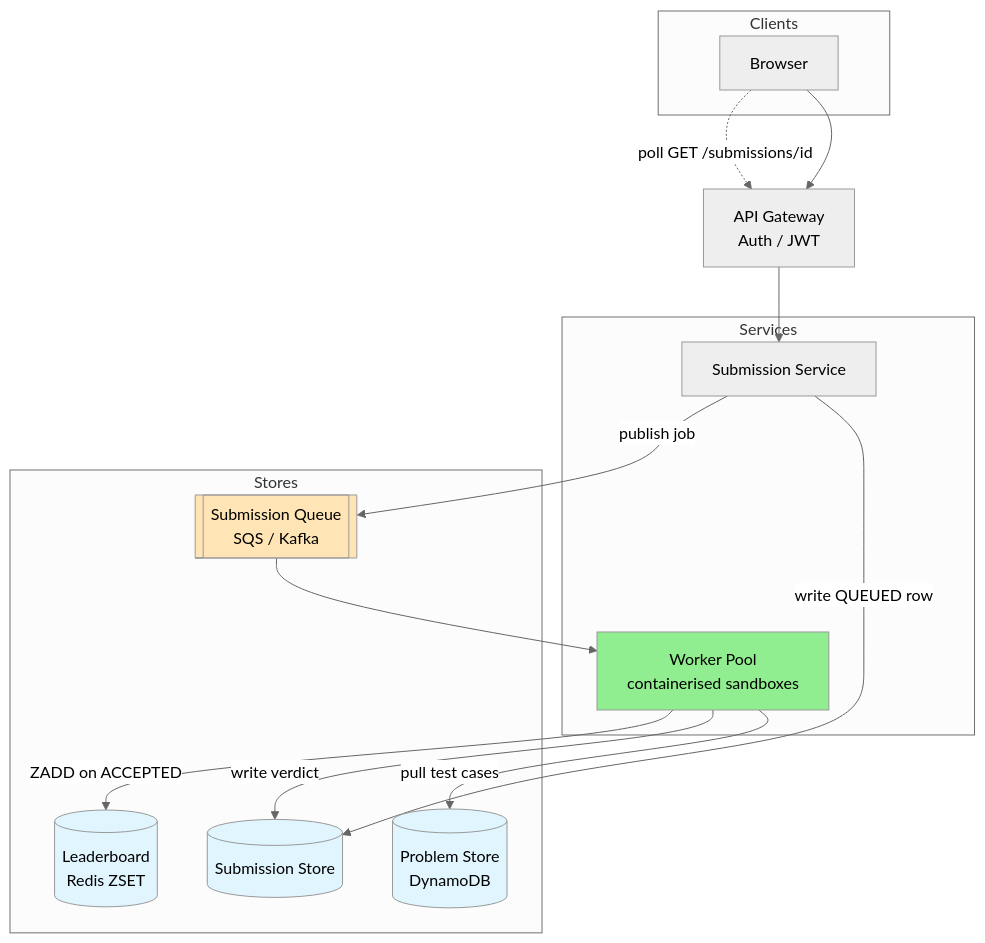
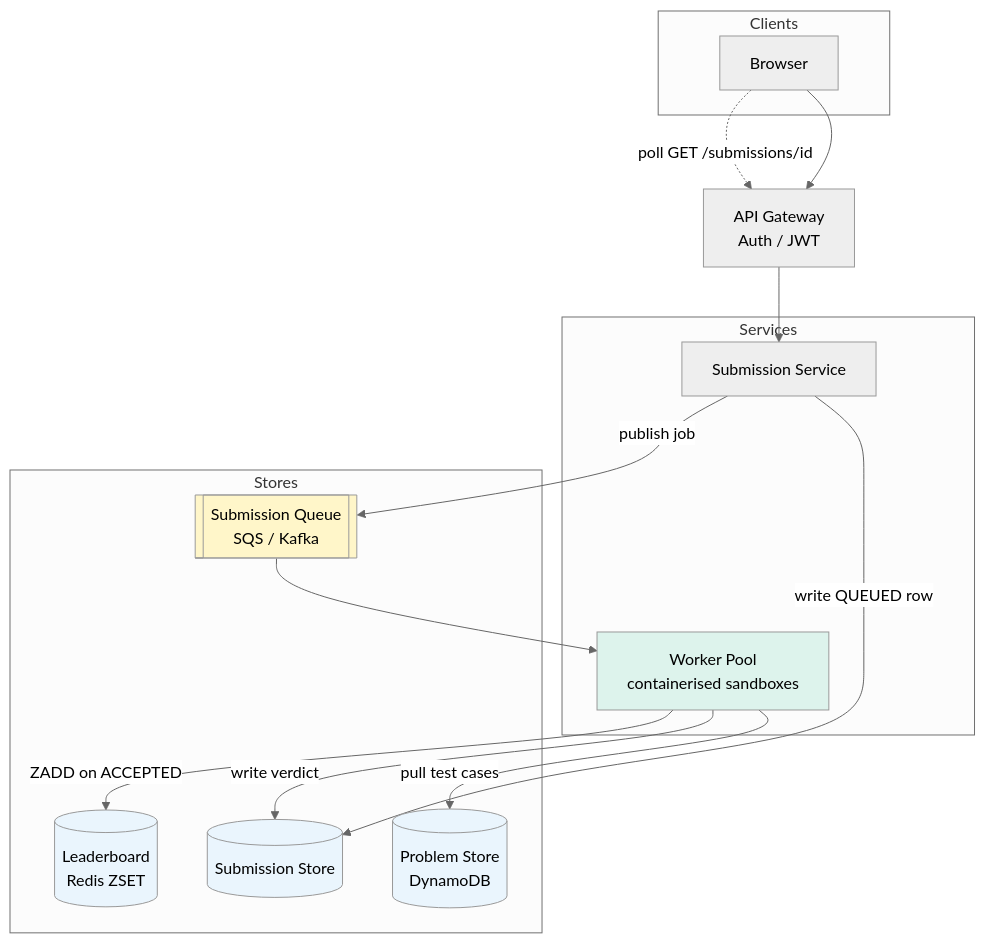
The first of 6 diagrams in LLD/questions/Design LeetCode.md (cartmancodes/InterviewVault), drawn with Mermaid (neutral theme) before and after one commit. The commit also changed other lines of this file and 679 other files, not shown here.

Commit message:
Unify content diagrams and add accessible visual walkthroughs

````diff
--- a/LLD/questions/Design LeetCode.md
+++ b/LLD/questions/Design LeetCode.md
@@ -119,36 +119,36 @@
 ```mermaid
 graph TB
     subgraph Clients
         BR[Browser]
     end
 
     GW[API Gateway<br/>Auth / JWT]
 
     subgraph Services
         SS[Submission Service]
         WP[Worker Pool<br/>containerised sandboxes]
     end
 
     subgraph Stores
         Q[[Submission Queue<br/>SQS / Kafka]]
         PS[(Problem Store<br/>DynamoDB)]
         SUB[(Submission Store)]
         LB[(Leaderboard<br/>Redis ZSET)]
     end
 
     BR --> GW
     GW --> SS
     SS -->|write QUEUED row| SUB
     SS -->|publish job| Q
     Q --> WP
     WP -->|pull test cases| PS
     WP -->|write verdict| SUB
     WP -->|ZADD on ACCEPTED| LB
     BR -.poll GET /submissions/id.-> GW
 
-    style WP fill:#90EE90
-    style Q fill:#FFE4B5
-    style PS fill:#e1f5ff
-    style SUB fill:#e1f5ff
-    style LB fill:#e1f5ff
+    style WP fill:#DDF3EC
+    style Q fill:#FFF6C9
+    style PS fill:#EAF5FD
+    style SUB fill:#EAF5FD
+    style LB fill:#EAF5FD
 ```
````
